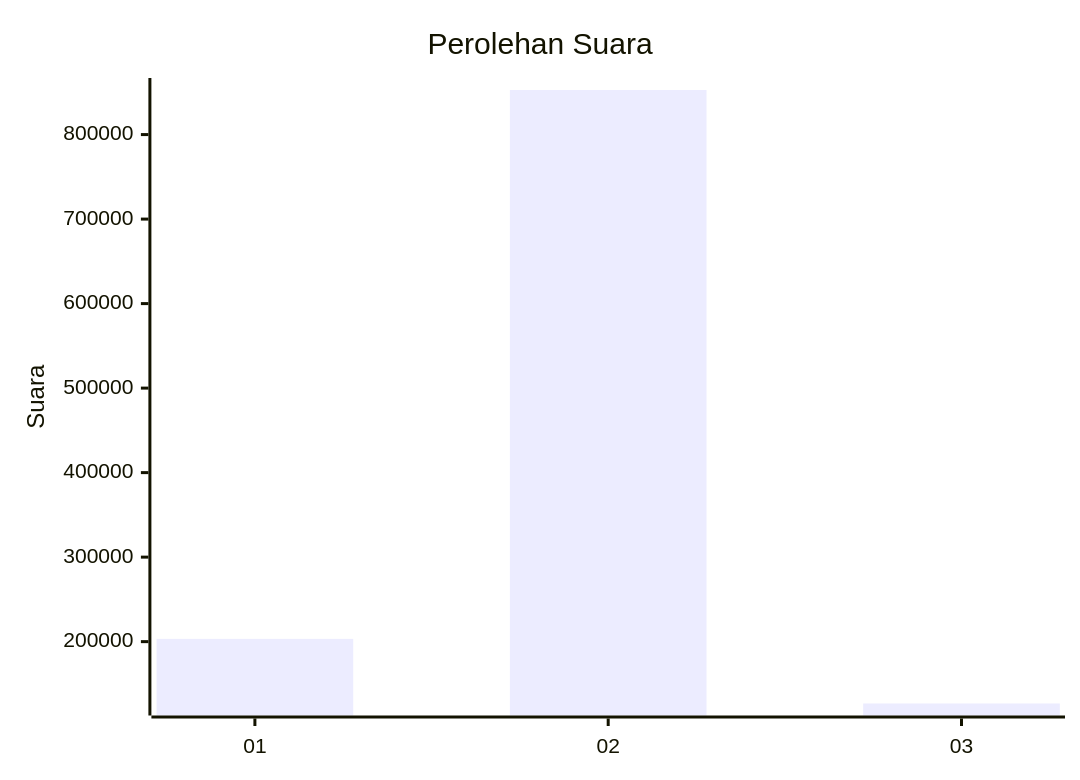
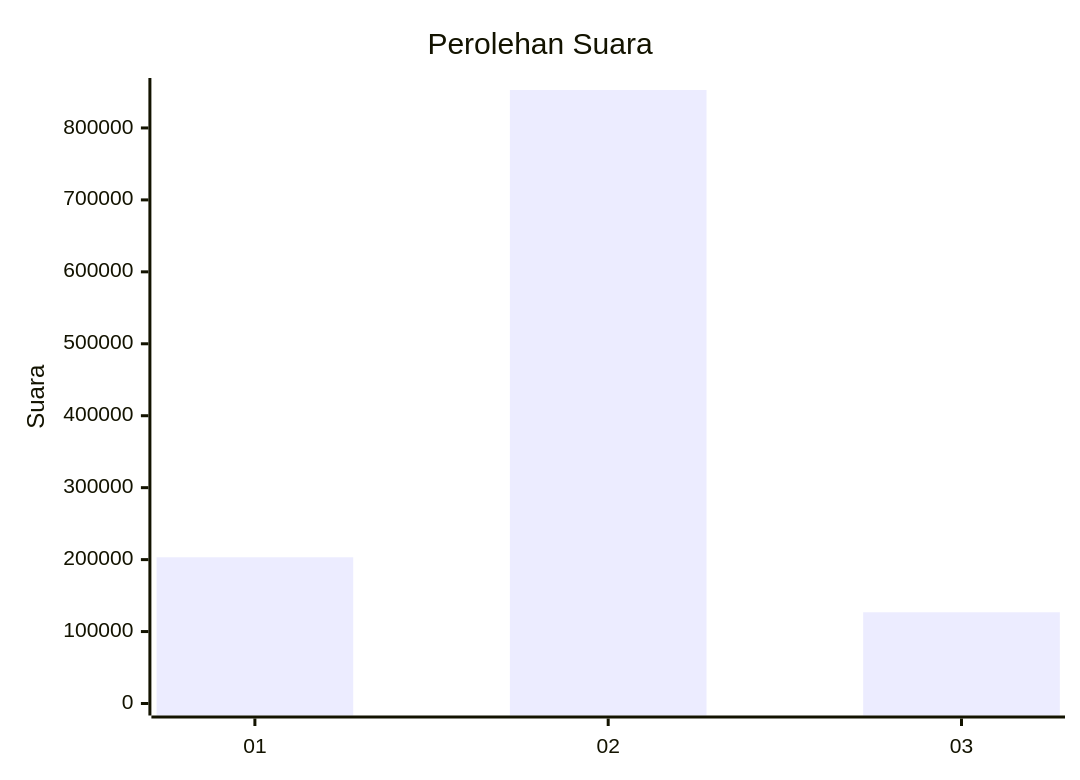
One commit to gigit-pemilu/pemilu-2024 changed the first of 2 diagrams in pilpres/hitung-suara/sub/table-wilayah-62.md. Above: the diagram before and after it, drawn with Mermaid. The commit also changed 42 other files, not shown here.

````diff
--- a/pilpres/hitung-suara/sub/table-wilayah-62.md
+++ b/pilpres/hitung-suara/sub/table-wilayah-62.md
@@ -7,7 +7,7 @@
 ```mermaid
 xychart-beta
     title "Perolehan Suara"
     x-axis [01, 02, 03]
-    y-axis "Suara"
+    y-axis "Suara" 0 --> 852749
     bar [203258, 852749, 126801]
 ```
````
